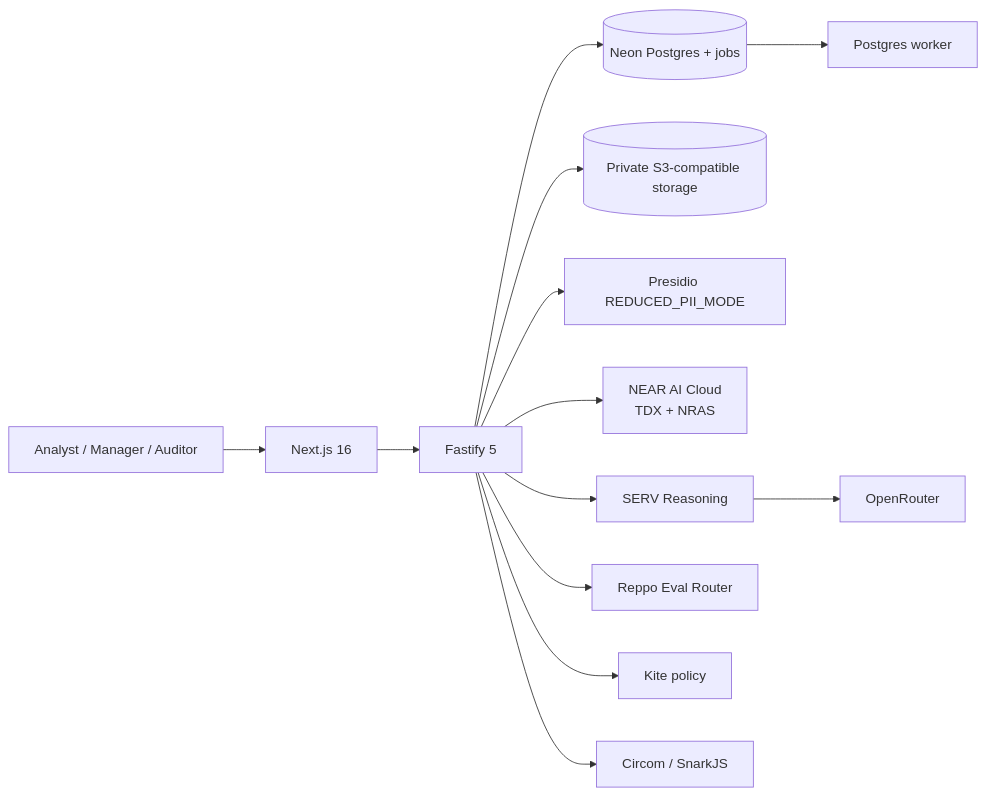
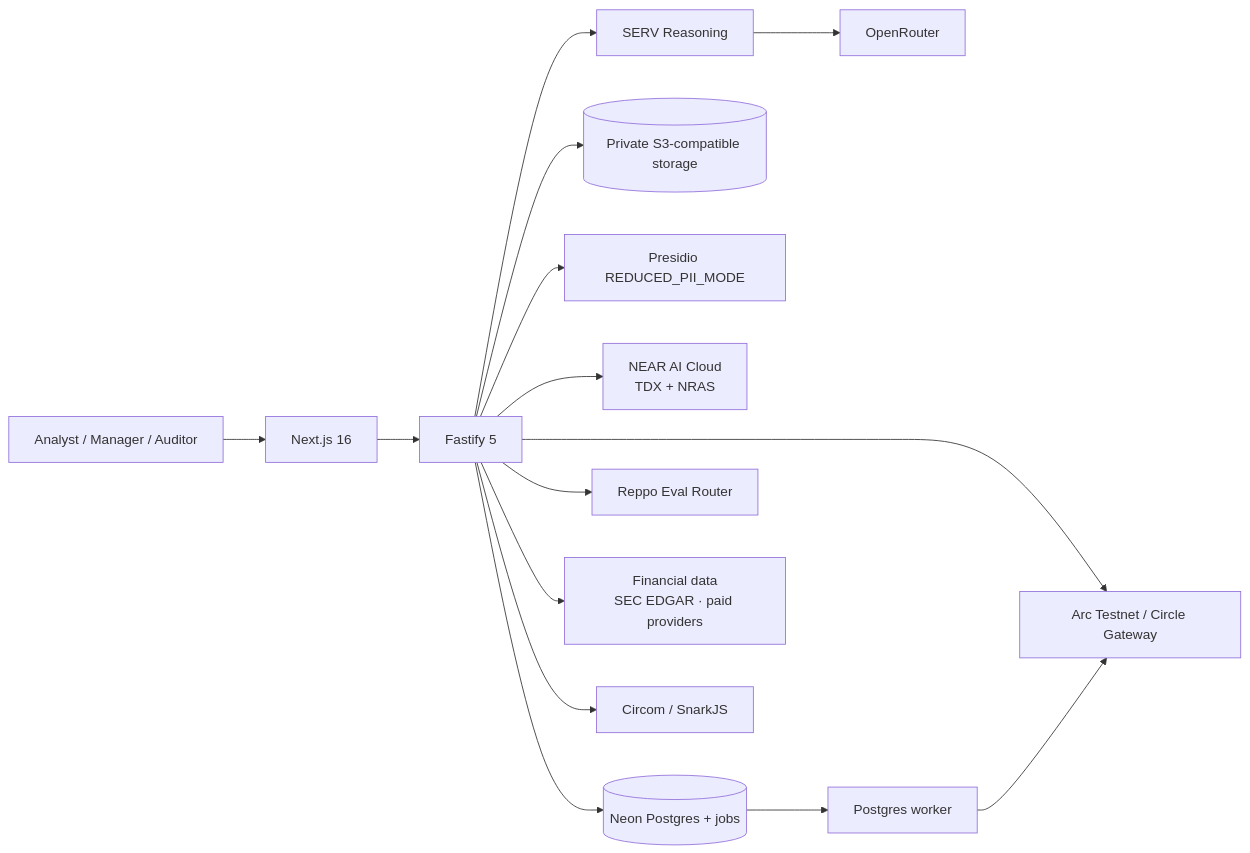
One commit to onyebuchidaniel60/Assay changed the diagram in docs/SUBMISSION.md. Above: the diagram before and after it, drawn with Mermaid. The commit also changed other lines of this file and 98 other files, not shown here.

Commit message:
feat: replace Kite with Arc Circle Gateway and external financial evidence

````diff
--- a/docs/SUBMISSION.md
+++ b/docs/SUBMISSION.md
@@ -46,15 +48,17 @@
 ```mermaid
 flowchart LR
   U[Analyst / Manager / Auditor] --> W[Next.js 16]
   W --> API[Fastify 5]
   API --> DB[(Neon Postgres + jobs)]
   API --> S3[(Private S3-compatible storage)]
   API --> P[Presidio REDUCED_PII_MODE]
   API --> N[NEAR AI Cloud\nTDX + NRAS]
   API --> S[SERV Reasoning]
   S --> O[OpenRouter]
   API --> R[Reppo Eval Router]
-  API --> K[Kite policy]
+  API --> FD[Financial data\nSEC EDGAR · paid providers]
+  API --> A[Arc Testnet / Circle Gateway]
   API --> Z[Circom / SnarkJS]
   DB --> WK[Postgres worker]
+  WK --> A
 ```
````
